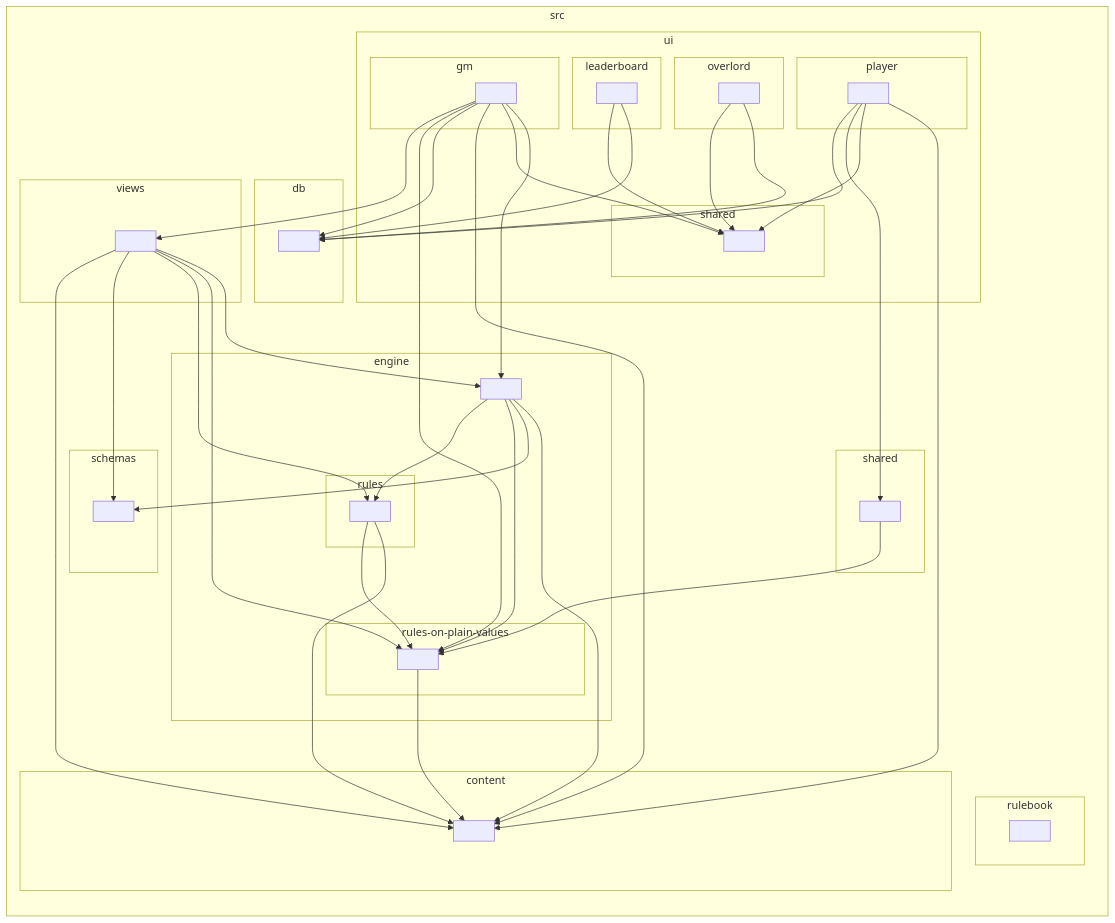
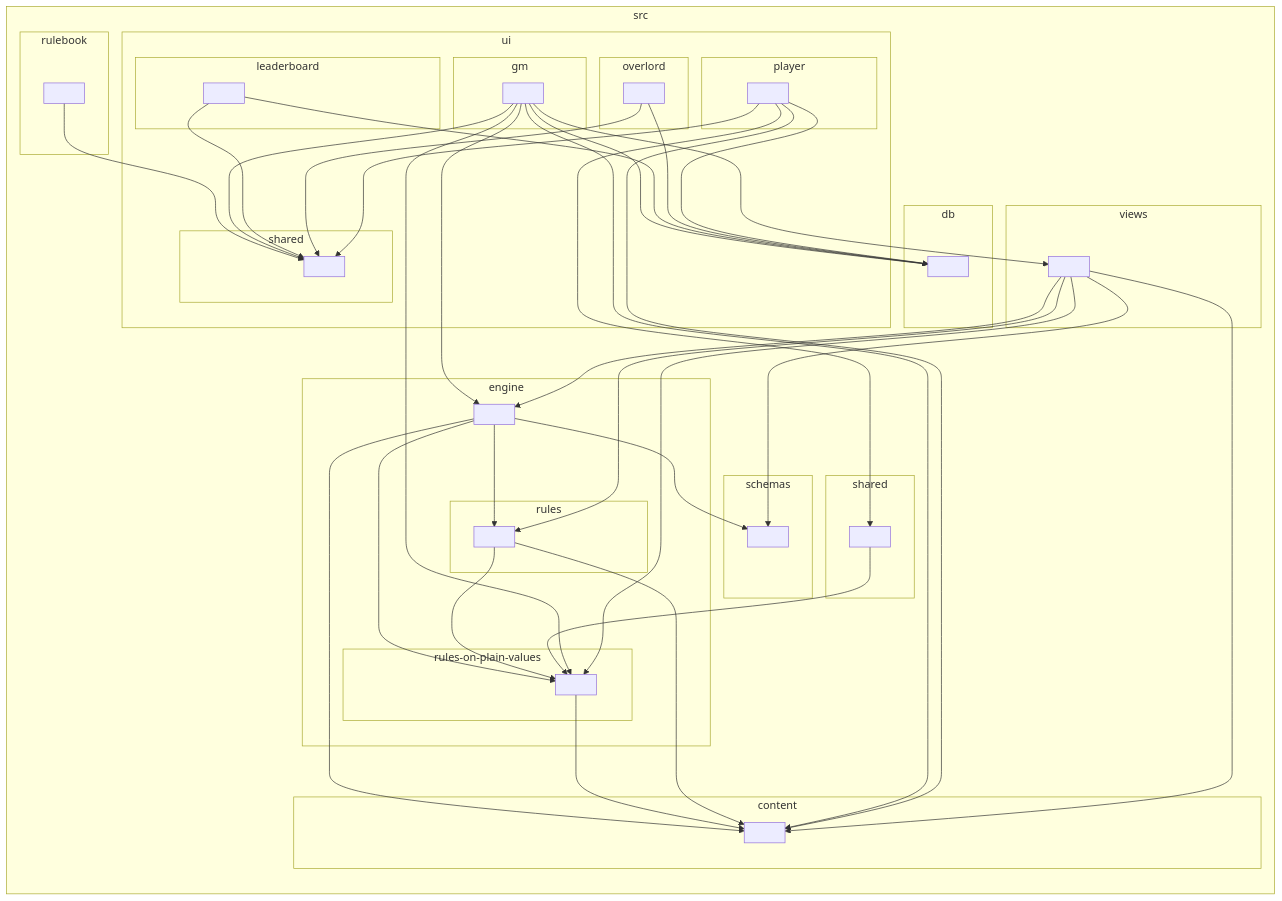
The diagram in docs/ARCHITECTURE.md (Nestalawe/kingdoms-call), drawn with Mermaid before and after one commit. The commit also changed 4 other files, not shown here.

````diff
--- a/docs/ARCHITECTURE.md
+++ b/docs/ARCHITECTURE.md
@@ -138,77 +138,78 @@
 ```mermaid
 flowchart LR
 
 subgraph src["src"]
   subgraph src_content["content"]
     src_content_[" "]
   end
   subgraph src_db["db"]
     src_db_[" "]
   end
   subgraph src_engine["engine"]
     src_engine_[" "]
     subgraph src_engine_rules_on_plain_values["rules-on-plain-values"]
       src_engine_rules_on_plain_values_[" "]
     end
     subgraph src_engine_rules["rules"]
       src_engine_rules_[" "]
     end
   end
   subgraph src_rulebook["rulebook"]
     src_rulebook_[" "]
   end
   subgraph src_schemas["schemas"]
     src_schemas_[" "]
   end
   subgraph src_shared["shared"]
     src_shared_[" "]
   end
   subgraph src_ui["ui"]
     subgraph src_ui_gm["gm"]
       src_ui_gm_[" "]
     end
     subgraph src_ui_leaderboard["leaderboard"]
       src_ui_leaderboard_[" "]
     end
     subgraph src_ui_overlord["overlord"]
       src_ui_overlord_[" "]
     end
     subgraph src_ui_player["player"]
       src_ui_player_[" "]
     end
     subgraph src_ui_shared["shared"]
       src_ui_shared_[" "]
     end
   end
   subgraph src_views["views"]
     src_views_[" "]
   end
 end
 src_engine_-->src_content_
 src_engine_-->src_schemas_
 src_engine_-->src_engine_rules_on_plain_values_
 src_engine_-->src_engine_rules_
 src_engine_rules_on_plain_values_-->src_content_
 src_engine_rules_-->src_content_
 src_engine_rules_-->src_engine_rules_on_plain_values_
+src_rulebook_-->src_ui_shared_
 src_shared_-->src_engine_rules_on_plain_values_
 src_ui_gm_-->src_engine_
 src_ui_gm_-->src_ui_shared_
 src_ui_gm_-->src_content_
 src_ui_gm_-->src_db_
 src_ui_gm_-->src_engine_rules_on_plain_values_
 src_ui_gm_-->src_views_
 src_ui_leaderboard_-->src_db_
 src_ui_leaderboard_-->src_ui_shared_
 src_ui_overlord_-->src_db_
 src_ui_overlord_-->src_ui_shared_
 src_ui_player_-->src_content_
 src_ui_player_-->src_ui_shared_
 src_ui_player_-->src_shared_
 src_ui_player_-->src_db_
 src_views_-->src_engine_
 src_views_-->src_engine_rules_on_plain_values_
 src_views_-->src_engine_rules_
 src_views_-->src_schemas_
 src_views_-->src_content_
 ```
````
